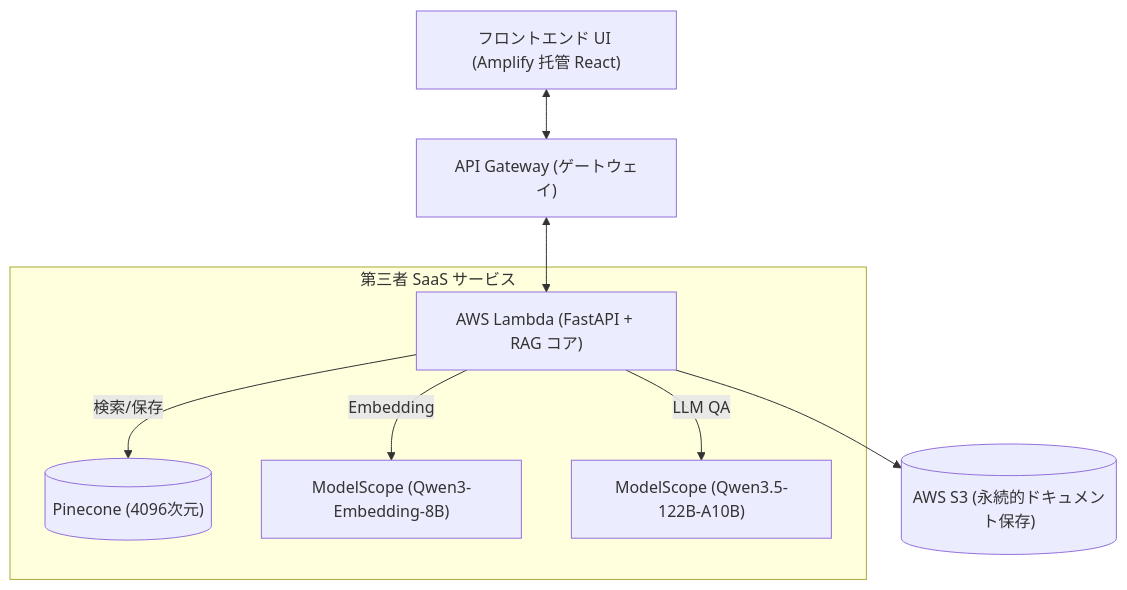
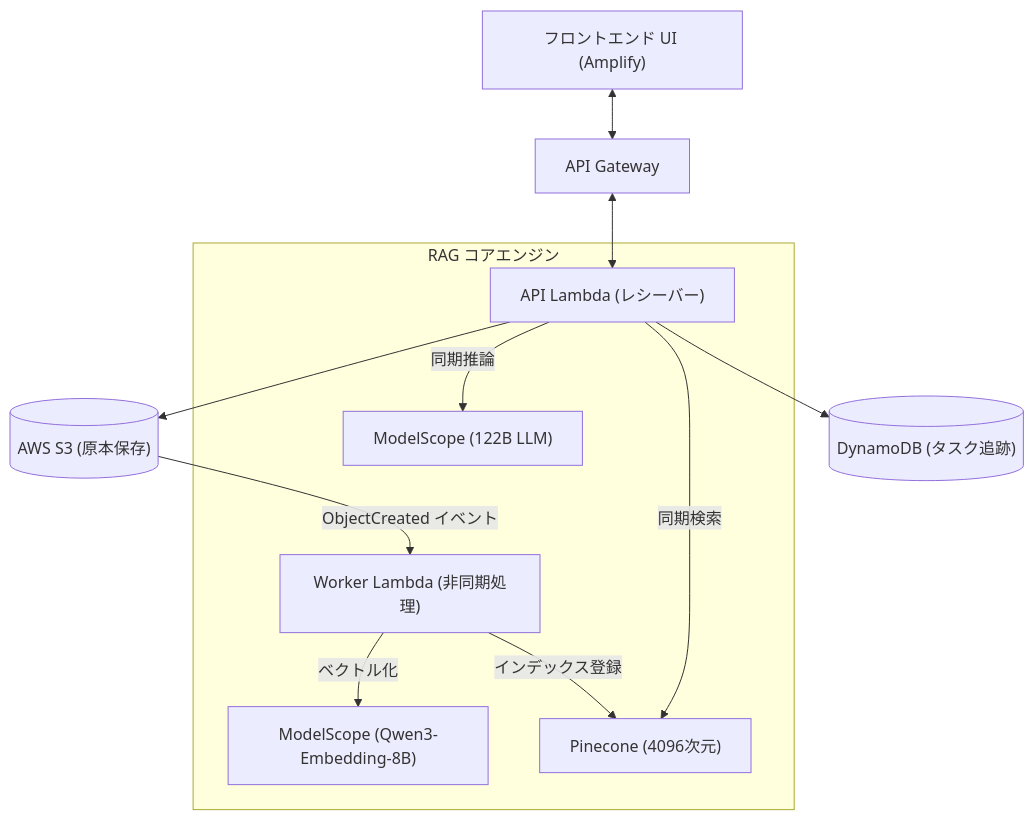
Before and after one commit to supermt1986/aws_notebooklm: the first of 3 diagrams in implementation_plan_ja.md, drawn with Mermaid. The commit also changed other lines of this file and 1 other file, not shown here.

Commit message:
docs: synchronize all implementation plans with async architecture and fix Mermaid syntax

````diff
--- a/implementation_plan_ja.md
+++ b/implementation_plan_ja.md
@@ -10,13 +10,18 @@
 ```mermaid
 graph TD
-    Client["フロントエンド UI (Amplify 托管 React)"] <--> APIGW["API Gateway (ゲートウェイ)"]
-    APIGW <--> Lambda["AWS Lambda (FastAPI + RAG コア)"]
+    Client["フロントエンド UI (Amplify)"] <--> APIGW["API Gateway"]
+    APIGW <--> Lambda_API["API Lambda (レシーバー)"]
     
-    Lambda --> S3[("AWS S3 (永続的ドキュメント保存)")]
+    Lambda_API --> S3[("AWS S3 (原本保存)")]
+    Lambda_API --> DB_Tasks[("DynamoDB (タスク追跡)")]
     
-    subgraph 第三者 SaaS サービス
-        Lambda -- "検索/保存" --> PC[("Pinecone (4096次元)")]
-        Lambda -- "Embedding" --> MSE["ModelScope (Qwen3-Embedding-8B)"]
-        Lambda -- "LLM QA" --> MSL["ModelScope (Qwen3.5-122B-A10B)"]
+    S3 -- "ObjectCreated イベント" --> Lambda_Worker["Worker Lambda (非同期処理)"]
+    
+    subgraph RAG コアエンジン
+        Lambda_Worker -- "ベクトル化" --> MSE["ModelScope (Qwen3-Embedding-8B)"]
+        Lambda_Worker -- "インデックス登録" --> PC["Pinecone (4096次元)"]
+        
+        Lambda_API -- "同期検索" --> PC
+        Lambda_API -- "同期推論" --> MSL["ModelScope (122B LLM)"]
     end
 ```
````
